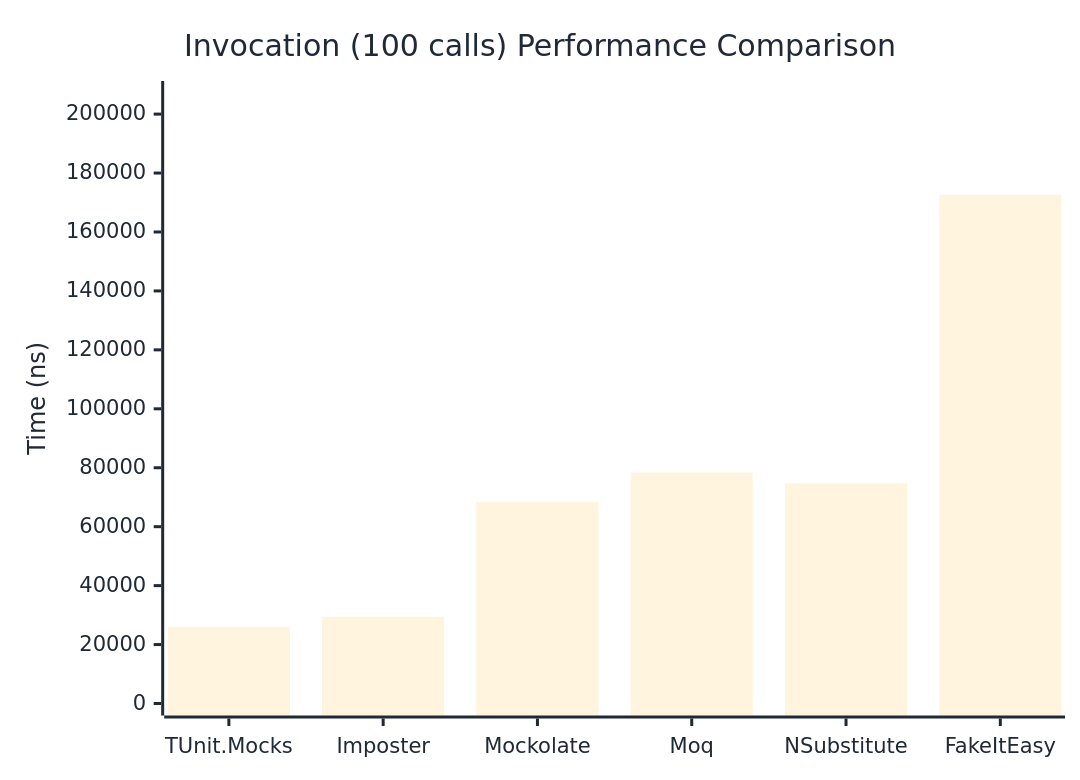
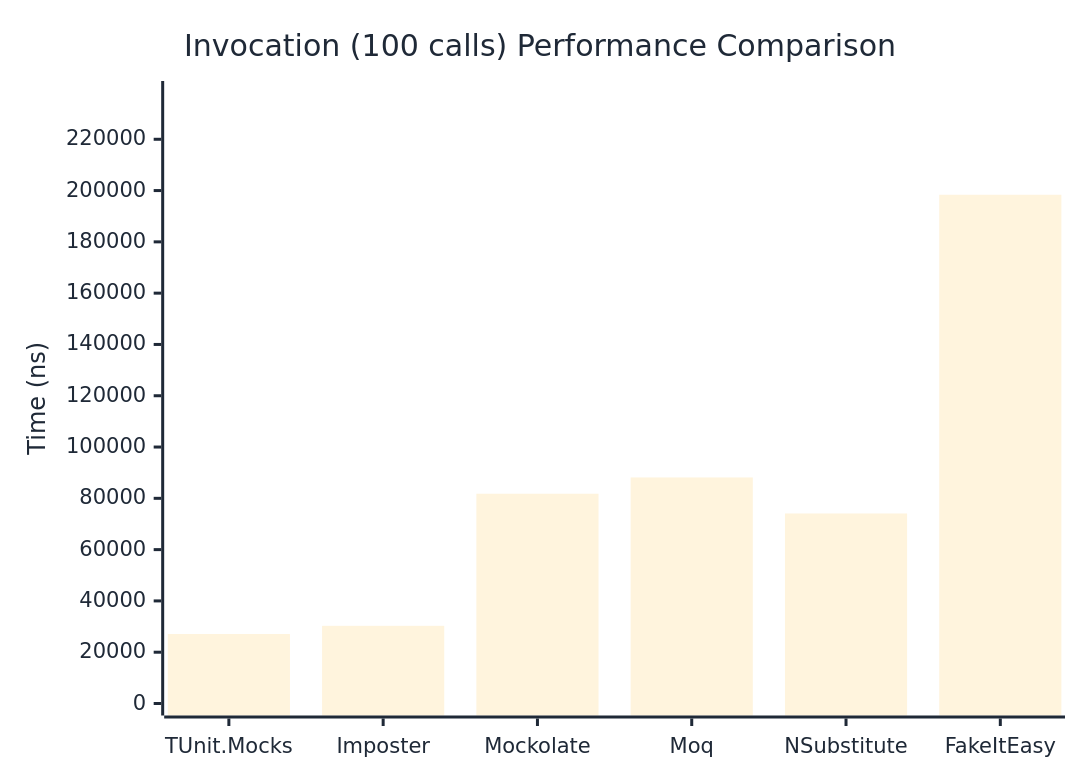
The third of 3 diagrams in docs/docs/benchmarks/mocks/Invocation.md (thomhurst/TUnit), drawn with Mermaid before and after one commit. The commit also changed other lines of this file and 14 other files, not shown here.

````diff
--- a/docs/docs/benchmarks/mocks/Invocation.md
+++ b/docs/docs/benchmarks/mocks/Invocation.md
@@ -110,27 +110,27 @@
 ```mermaid
 %%{init: {
   'theme':'base',
   'themeVariables': {
     'primaryColor': '#2563eb',
     'primaryTextColor': '#1f2937',
     'primaryBorderColor': '#1e40af',
     'lineColor': '#6b7280',
     'secondaryColor': '#7c3aed',
     'tertiaryColor': '#dc2626',
     'background': '#ffffff',
     'pie1': '#2563eb',
     'pie2': '#7c3aed',
     'pie3': '#dc2626',
     'pie4': '#f59e0b',
     'pie5': '#10b981',
     'pie6': '#06b6d4',
     'pie7': '#ec4899',
     'pie8': '#6366f1'
   }
 }}%%
 xychart-beta
   title "Invocation (100 calls) Performance Comparison"
   x-axis ["TUnit.Mocks", "Imposter", "Mockolate", "Moq", "NSubstitute", "FakeItEasy"]
-  y-axis "Time (ns)" 0 --> 207162
-  bar [26014.3, 29416.7, 68405.4, 78376.5, 74631.6, 172635]
+  y-axis "Time (ns)" 0 --> 238043
+  bar [27086.2, 30284.6, 81795.1, 88144.6, 74097, 198368.9]
 ```
````
